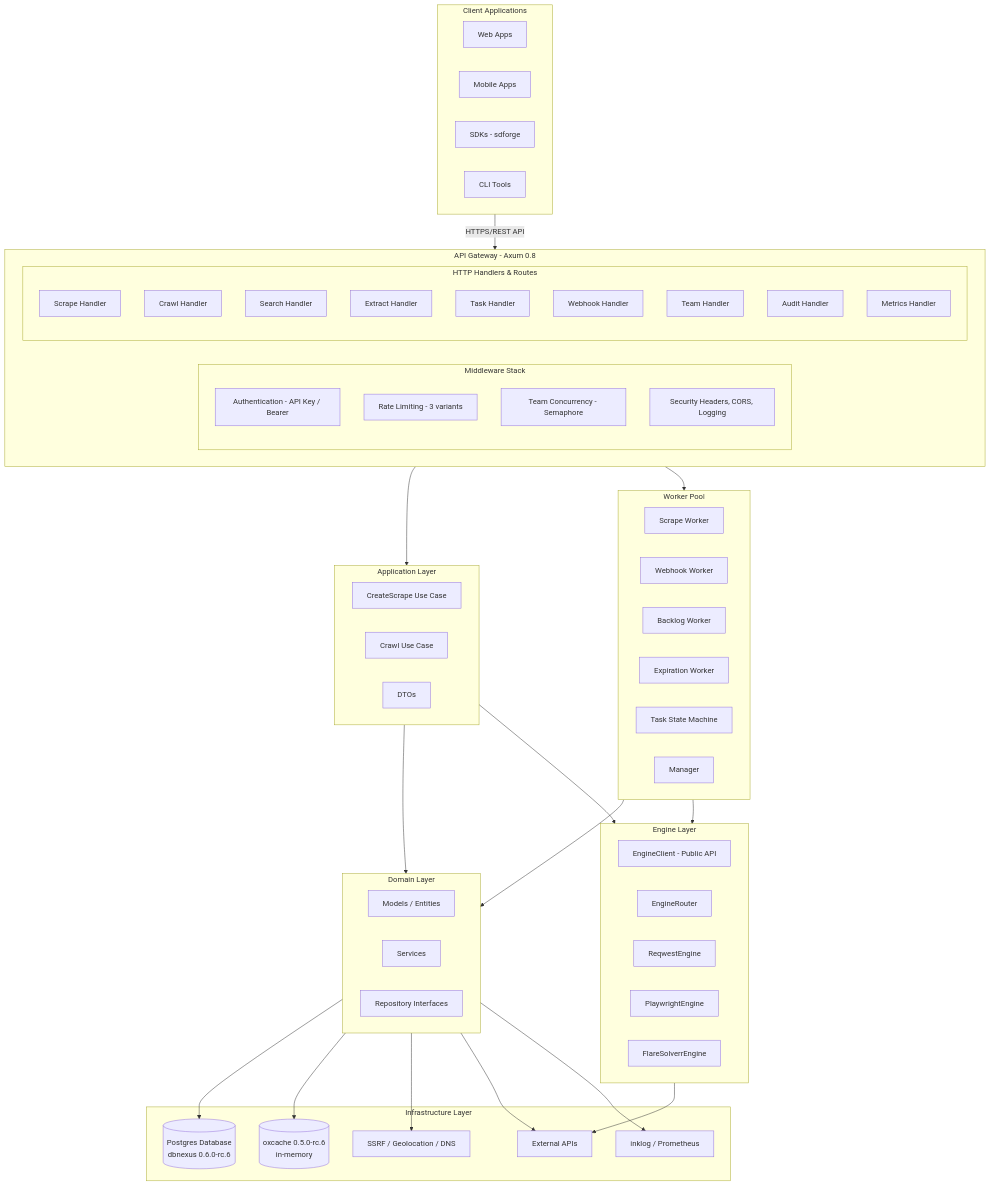
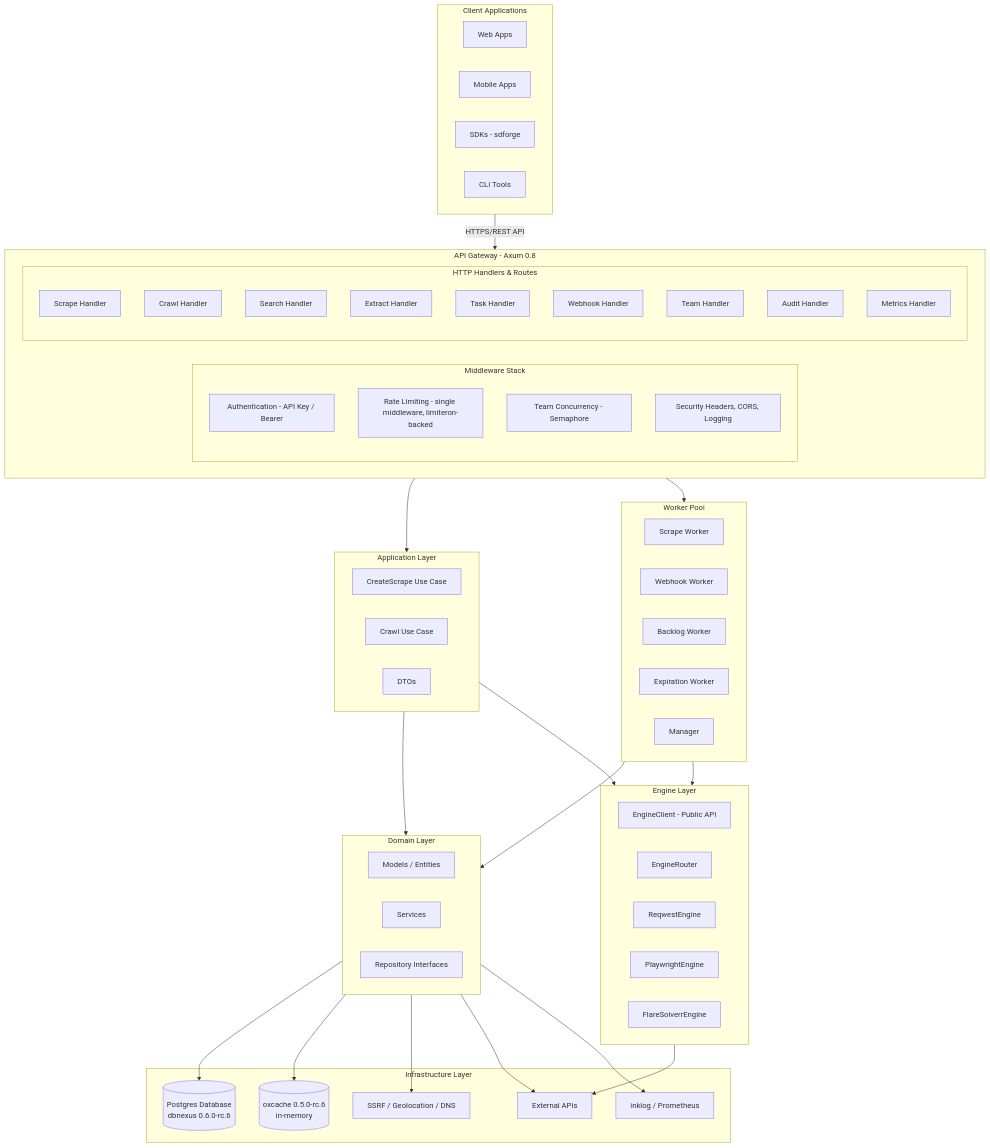
One commit to Kirky-X/crawlrs changed the first of 9 diagrams in docs/ARCHITECTURE.md. Above: the diagram before and after it, drawn with Mermaid. The commit also changed other lines of this file and 4 other files, not shown here.

````diff
--- a/docs/ARCHITECTURE.md
+++ b/docs/ARCHITECTURE.md
@@ -118,81 +118,80 @@
 ```mermaid
 flowchart TD
     subgraph Clients [Client Applications]
         C1[Web Apps]
         C2[Mobile Apps]
         C3[SDKs - sdforge]
         C4[CLI Tools]
     end
 
     subgraph API [API Gateway - Axum 0.8]
         subgraph Middleware [Middleware Stack]
             M1[Authentication - API Key / Bearer]
-            M2[Rate Limiting - 3 variants]
+            M2[Rate Limiting - single middleware, limiteron-backed]
             M3[Team Concurrency - Semaphore]
             M4[Security Headers, CORS, Logging]
         end
 
         subgraph Handlers [HTTP Handlers & Routes]
             H1[Scrape Handler]
             H2[Crawl Handler]
             H3[Search Handler]
             H4[Extract Handler]
             H5[Task Handler]
             H6[Webhook Handler]
             H7[Team Handler]
             H8[Audit Handler]
             H9[Metrics Handler]
         end
     end
 
     subgraph App [Application Layer]
         A1[CreateScrape Use Case]
         A2[Crawl Use Case]
         A3[DTOs]
     end
 
     subgraph Workers [Worker Pool]
         W1[Scrape Worker]
         W2[Webhook Worker]
         W3[Backlog Worker]
         W4[Expiration Worker]
-        W5[Task State Machine]
         W6[Manager]
     end
 
     subgraph Domain [Domain Layer]
         D1[Models / Entities]
         D2[Services]
         D3[Repository Interfaces]
     end
 
     subgraph Engines [Engine Layer]
         E1[EngineClient - Public API]
         E2[EngineRouter]
         E3[ReqwestEngine]
         E4[PlaywrightEngine]
         E5[FlareSolverrEngine]
     end
 
     subgraph Infra [Infrastructure Layer]
         DB[(Postgres Database<br/>dbnexus 0.6.0-rc.6)]
         RC[(oxcache 0.5.0-rc.6<br/>in-memory)]
         EXT[External APIs]
         MON[inklog / Prometheus]
         SEC[SSRF / Geolocation / DNS]
     end
 
     Clients -->|"HTTPS/REST API"| API
     API --> App
     API --> Workers
     App --> Domain
     Workers --> Domain
     Domain --> DB
     Domain --> RC
     Domain --> SEC
     Domain --> EXT
     Domain --> MON
     App --> Engines
     Workers --> Engines
     Engines --> EXT
 ```
````
